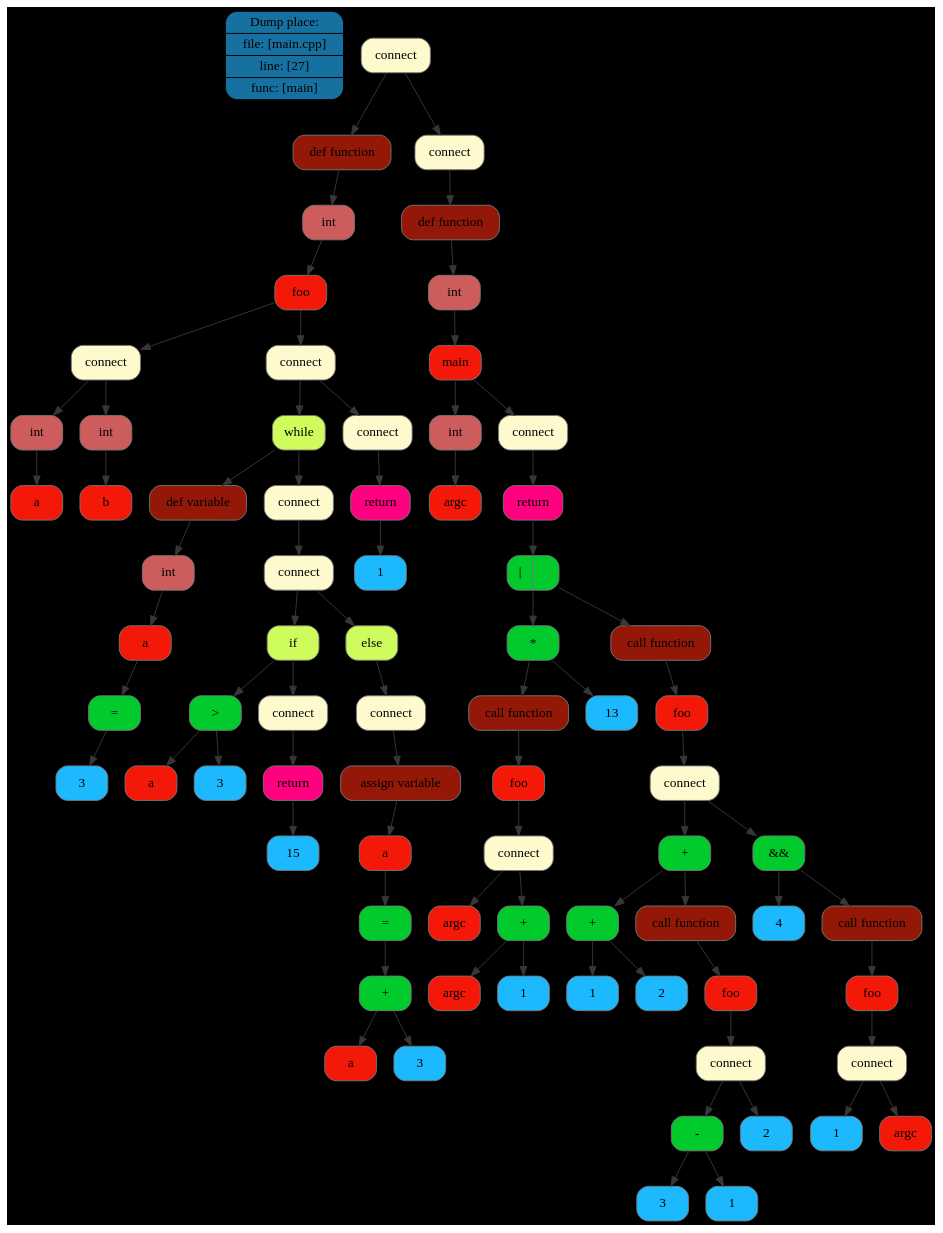
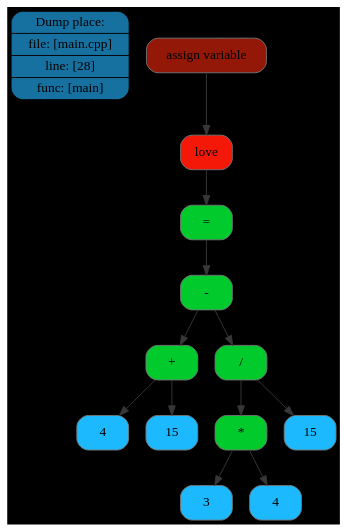
Before and after one commit to Maksim-Sebelev/Language: the diagram in FrontEnd/dot/tree/dot/tree1.dot, drawn with Graphviz. The commit also changed 30 other files, not shown here.

```diff
--- a/FrontEnd/dot/tree/dot/tree1.dot
+++ b/FrontEnd/dot/tree/dot/tree1.dot
@@ -1,155 +1,29 @@
 digraph G{
 rankdir=TB
 graph [bgcolor="#000000"];
-place[shape=Mrecord, style=filled, fillcolor="#1771a0", pos="0,1!",label = " { Dump place: | file: [main.cpp] | line: [27] | func: [main] } "color = "#000000"];
-node0x5070000020f0[shape=Mrecord, style=filled, fillcolor="#FFFACD"label = "connect", color = "#777777"];
-node0x507000002080[shape=Mrecord, style=filled, fillcolor="#931807"label = "def function", color = "#777777"];
-node0x507000000090[shape=Mrecord, style=filled, fillcolor="#CD5C5C"label = "int", color = "#777777"];
-node0x507000000100[shape=Mrecord, style=filled, fillcolor="#f31807"label = "foo", color = "#777777"];
-node0x507000000330[shape=Mrecord, style=filled, fillcolor="#FFFACD"label = "connect", color = "#777777"];
-node0x507000000170[shape=Mrecord, style=filled, fillcolor="#CD5C5C"label = "int", color = "#777777"];
-node0x5070000001e0[shape=Mrecord, style=filled, fillcolor="#f31807"label = "a", color = "#777777"];
-node0x507000000250[shape=Mrecord, style=filled, fillcolor="#CD5C5C"label = "int", color = "#777777"];
-node0x5070000002c0[shape=Mrecord, style=filled, fillcolor="#f31807"label = "b", color = "#777777"];
-node0x507000000f00[shape=Mrecord, style=filled, fillcolor="#FFFACD"label = "connect", color = "#777777"];
-node0x507000000d40[shape=Mrecord, style=filled, fillcolor="#CFFC5C"label = "while", color = "#777777"];
-node0x507000000560[shape=Mrecord, style=filled, fillcolor="#931807"label = "def variable", color = "#777777"];
-node0x5070000003a0[shape=Mrecord, style=filled, fillcolor="#CD5C5C"label = "int", color = "#777777"];
-node0x507000000410[shape=Mrecord, style=filled, fillcolor="#f31807"label = "a", color = "#777777"];
+place[shape=Mrecord, style=filled, fillcolor="#1771a0", pos="0,1!",label = " { Dump place: | file: [main.cpp] | line: [28] | func: [main] } "color = "#000000"];
+node0x507000000560[shape=Mrecord, style=filled, fillcolor="#931807"label = "assign variable", color = "#777777"];
+node0x507000000090[shape=Mrecord, style=filled, fillcolor="#f31807"label = "love", color = "#777777"];
 node0x5070000004f0[shape=Mrecord, style=filled, fillcolor="#00ca2c"label = "\=", color = "#777777"];
-node0x507000000480[shape=Mrecord, style=filled, fillcolor="#1cb9ff"label = "3", color = "#777777"];
-node0x507000000cd0[shape=Mrecord, style=filled, fillcolor="#FFFACD"label = "connect", color = "#777777"];
-node0x507000000c60[shape=Mrecord, style=filled, fillcolor="#FFFACD"label = "connect", color = "#777777"];
-node0x507000000870[shape=Mrecord, style=filled, fillcolor="#CDFC5C"label = "if", color = "#777777"];
-node0x5070000006b0[shape=Mrecord, style=filled, fillcolor="#00ca2c"label = "\>", color = "#777777"];
-node0x5070000005d0[shape=Mrecord, style=filled, fillcolor="#f31807"label = "a", color = "#777777"];
-node0x507000000640[shape=Mrecord, style=filled, fillcolor="#1cb9ff"label = "3", color = "#777777"];
-node0x507000000800[shape=Mrecord, style=filled, fillcolor="#FFFACD"label = "connect", color = "#777777"];
-node0x507000000790[shape=Mrecord, style=filled, fillcolor="#FF0080"label = "return", color = "#777777"];
-node0x507000000720[shape=Mrecord, style=filled, fillcolor="#1cb9ff"label = "15", color = "#777777"];
-node0x507000000bf0[shape=Mrecord, style=filled, fillcolor="#CDFC5C"label = "else", color = "#777777"];
-node0x507000000b80[shape=Mrecord, style=filled, fillcolor="#FFFACD"label = "connect", color = "#777777"];
-node0x507000000b10[shape=Mrecord, style=filled, fillcolor="#931807"label = "assign variable", color = "#777777"];
-node0x5070000008e0[shape=Mrecord, style=filled, fillcolor="#f31807"label = "a", color = "#777777"];
-node0x507000000aa0[shape=Mrecord, style=filled, fillcolor="#00ca2c"label = "\=", color = "#777777"];
-node0x507000000a30[shape=Mrecord, style=filled, fillcolor="#00ca2c"label = "\+", color = "#777777"];
-node0x507000000950[shape=Mrecord, style=filled, fillcolor="#f31807"label = "a", color = "#777777"];
-node0x5070000009c0[shape=Mrecord, style=filled, fillcolor="#1cb9ff"label = "3", color = "#777777"];
-node0x507000000e90[shape=Mrecord, style=filled, fillcolor="#FFFACD"label = "connect", color = "#777777"];
-node0x507000000e20[shape=Mrecord, style=filled, fillcolor="#FF0080"label = "return", color = "#777777"];
-node0x507000000db0[shape=Mrecord, style=filled, fillcolor="#1cb9ff"label = "1", color = "#777777"];
-node0x507000002010[shape=Mrecord, style=filled, fillcolor="#FFFACD"label = "connect", color = "#777777"];
-node0x507000001fa0[shape=Mrecord, style=filled, fillcolor="#931807"label = "def function", color = "#777777"];
-node0x507000000f70[shape=Mrecord, style=filled, fillcolor="#CD5C5C"label = "int", color = "#777777"];
-node0x507000000fe0[shape=Mrecord, style=filled, fillcolor="#f31807"label = "main", color = "#777777"];
-node0x507000001050[shape=Mrecord, style=filled, fillcolor="#CD5C5C"label = "int", color = "#777777"];
-node0x5070000010c0[shape=Mrecord, style=filled, fillcolor="#f31807"label = "argc", color = "#777777"];
-node0x507000001f30[shape=Mrecord, style=filled, fillcolor="#FFFACD"label = "connect", color = "#777777"];
-node0x507000001ec0[shape=Mrecord, style=filled, fillcolor="#FF0080"label = "return", color = "#777777"];
-node0x507000001e50[shape=Mrecord, style=filled, fillcolor="#00ca2c"label = "\||", color = "#777777"];
-node0x5070000014b0[shape=Mrecord, style=filled, fillcolor="#00ca2c"label = "\*", color = "#777777"];
-node0x5070000013d0[shape=Mrecord, style=filled, fillcolor="#931807"label = "call function", color = "#777777"];
-node0x507000001130[shape=Mrecord, style=filled, fillcolor="#f31807"label = "foo", color = "#777777"];
-node0x507000001360[shape=Mrecord, style=filled, fillcolor="#FFFACD"label = "connect", color = "#777777"];
-node0x5070000011a0[shape=Mrecord, style=filled, fillcolor="#f31807"label = "argc", color = "#777777"];
-node0x5070000012f0[shape=Mrecord, style=filled, fillcolor="#00ca2c"label = "\+", color = "#777777"];
-node0x507000001210[shape=Mrecord, style=filled, fillcolor="#f31807"label = "argc", color = "#777777"];
-node0x507000001280[shape=Mrecord, style=filled, fillcolor="#1cb9ff"label = "1", color = "#777777"];
-node0x507000001440[shape=Mrecord, style=filled, fillcolor="#1cb9ff"label = "13", color = "#777777"];
-node0x507000001de0[shape=Mrecord, style=filled, fillcolor="#931807"label = "call function", color = "#777777"];
-node0x507000001520[shape=Mrecord, style=filled, fillcolor="#f31807"label = "foo", color = "#777777"];
-node0x507000001d70[shape=Mrecord, style=filled, fillcolor="#FFFACD"label = "connect", color = "#777777"];
-node0x5070000019f0[shape=Mrecord, style=filled, fillcolor="#00ca2c"label = "\+", color = "#777777"];
-node0x507000001670[shape=Mrecord, style=filled, fillcolor="#00ca2c"label = "\+", color = "#777777"];
-node0x507000001590[shape=Mrecord, style=filled, fillcolor="#1cb9ff"label = "1", color = "#777777"];
-node0x507000001600[shape=Mrecord, style=filled, fillcolor="#1cb9ff"label = "2", color = "#777777"];
-node0x507000001980[shape=Mrecord, style=filled, fillcolor="#931807"label = "call function", color = "#777777"];
-node0x5070000016e0[shape=Mrecord, style=filled, fillcolor="#f31807"label = "foo", color = "#777777"];
-node0x507000001910[shape=Mrecord, style=filled, fillcolor="#FFFACD"label = "connect", color = "#777777"];
-node0x507000001830[shape=Mrecord, style=filled, fillcolor="#00ca2c"label = "\-", color = "#777777"];
-node0x507000001750[shape=Mrecord, style=filled, fillcolor="#1cb9ff"label = "3", color = "#777777"];
-node0x5070000017c0[shape=Mrecord, style=filled, fillcolor="#1cb9ff"label = "1", color = "#777777"];
-node0x5070000018a0[shape=Mrecord, style=filled, fillcolor="#1cb9ff"label = "2", color = "#777777"];
-node0x507000001d00[shape=Mrecord, style=filled, fillcolor="#00ca2c"label = "\&&", color = "#777777"];
-node0x507000001a60[shape=Mrecord, style=filled, fillcolor="#1cb9ff"label = "4", color = "#777777"];
-node0x507000001c90[shape=Mrecord, style=filled, fillcolor="#931807"label = "call function", color = "#777777"];
-node0x507000001ad0[shape=Mrecord, style=filled, fillcolor="#f31807"label = "foo", color = "#777777"];
-node0x507000001c20[shape=Mrecord, style=filled, fillcolor="#FFFACD"label = "connect", color = "#777777"];
-node0x507000001b40[shape=Mrecord, style=filled, fillcolor="#1cb9ff"label = "1", color = "#777777"];
-node0x507000001bb0[shape=Mrecord, style=filled, fillcolor="#f31807"label = "argc", color = "#777777"];
+node0x507000000480[shape=Mrecord, style=filled, fillcolor="#00ca2c"label = "\-", color = "#777777"];
+node0x5070000001e0[shape=Mrecord, style=filled, fillcolor="#00ca2c"label = "\+", color = "#777777"];
+node0x507000000100[shape=Mrecord, style=filled, fillcolor="#1cb9ff"label = "4", color = "#777777"];
+node0x507000000170[shape=Mrecord, style=filled, fillcolor="#1cb9ff"label = "15", color = "#777777"];
+node0x507000000410[shape=Mrecord, style=filled, fillcolor="#00ca2c"label = "\/", color = "#777777"];
+node0x507000000330[shape=Mrecord, style=filled, fillcolor="#00ca2c"label = "\*", color = "#777777"];
+node0x507000000250[shape=Mrecord, style=filled, fillcolor="#1cb9ff"label = "3", color = "#777777"];
+node0x5070000002c0[shape=Mrecord, style=filled, fillcolor="#1cb9ff"label = "4", color = "#777777"];
+node0x5070000003a0[shape=Mrecord, style=filled, fillcolor="#1cb9ff"label = "15", color = "#777777"];
 edge[color="#373737"];
-node0x5070000020f0->node0x507000002080;
-node0x507000002080->node0x507000000090;
-node0x507000000090->node0x507000000100;
-node0x507000000100->node0x507000000330;
-node0x507000000330->node0x507000000170;
-node0x507000000170->node0x5070000001e0;
+node0x507000000560->node0x507000000090;
+node0x507000000090->node0x5070000004f0;
+node0x5070000004f0->node0x507000000480;
+node0x507000000480->node0x5070000001e0;
+node0x5070000001e0->node0x507000000100;
+node0x5070000001e0->node0x507000000170;
+node0x507000000480->node0x507000000410;
+node0x507000000410->node0x507000000330;
 node0x507000000330->node0x507000000250;
-node0x507000000250->node0x5070000002c0;
-node0x507000000100->node0x507000000f00;
-node0x507000000f00->node0x507000000d40;
-node0x507000000d40->node0x507000000560;
-node0x507000000560->node0x5070000003a0;
-node0x5070000003a0->node0x507000000410;
-node0x507000000410->node0x5070000004f0;
-node0x5070000004f0->node0x507000000480;
-node0x507000000d40->node0x507000000cd0;
-node0x507000000cd0->node0x507000000c60;
-node0x507000000c60->node0x507000000870;
-node0x507000000870->node0x5070000006b0;
-node0x5070000006b0->node0x5070000005d0;
-node0x5070000006b0->node0x507000000640;
-node0x507000000870->node0x507000000800;
-node0x507000000800->node0x507000000790;
-node0x507000000790->node0x507000000720;
-node0x507000000c60->node0x507000000bf0;
-node0x507000000bf0->node0x507000000b80;
-node0x507000000b80->node0x507000000b10;
-node0x507000000b10->node0x5070000008e0;
-node0x5070000008e0->node0x507000000aa0;
-node0x507000000aa0->node0x507000000a30;
-node0x507000000a30->node0x507000000950;
-node0x507000000a30->node0x5070000009c0;
-node0x507000000f00->node0x507000000e90;
-node0x507000000e90->node0x507000000e20;
-node0x507000000e20->node0x507000000db0;
-node0x5070000020f0->node0x507000002010;
-node0x507000002010->node0x507000001fa0;
-node0x507000001fa0->node0x507000000f70;
-node0x507000000f70->node0x507000000fe0;
-node0x507000000fe0->node0x507000001050;
-node0x507000001050->node0x5070000010c0;
-node0x507000000fe0->node0x507000001f30;
-node0x507000001f30->node0x507000001ec0;
-node0x507000001ec0->node0x507000001e50;
-node0x507000001e50->node0x5070000014b0;
-node0x5070000014b0->node0x5070000013d0;
-node0x5070000013d0->node0x507000001130;
-node0x507000001130->node0x507000001360;
-node0x507000001360->node0x5070000011a0;
-node0x507000001360->node0x5070000012f0;
-node0x5070000012f0->node0x507000001210;
-node0x5070000012f0->node0x507000001280;
-node0x5070000014b0->node0x507000001440;
-node0x507000001e50->node0x507000001de0;
-node0x507000001de0->node0x507000001520;
-node0x507000001520->node0x507000001d70;
-node0x507000001d70->node0x5070000019f0;
-node0x5070000019f0->node0x507000001670;
-node0x507000001670->node0x507000001590;
-node0x507000001670->node0x507000001600;
-node0x5070000019f0->node0x507000001980;
-node0x507000001980->node0x5070000016e0;
-node0x5070000016e0->node0x507000001910;
-node0x507000001910->node0x507000001830;
-node0x507000001830->node0x507000001750;
-node0x507000001830->node0x5070000017c0;
-node0x507000001910->node0x5070000018a0;
-node0x507000001d70->node0x507000001d00;
-node0x507000001d00->node0x507000001a60;
-node0x507000001d00->node0x507000001c90;
-node0x507000001c90->node0x507000001ad0;
-node0x507000001ad0->node0x507000001c20;
-node0x507000001c20->node0x507000001b40;
-node0x507000001c20->node0x507000001bb0;
+node0x507000000330->node0x5070000002c0;
+node0x507000000410->node0x5070000003a0;
 }
```
